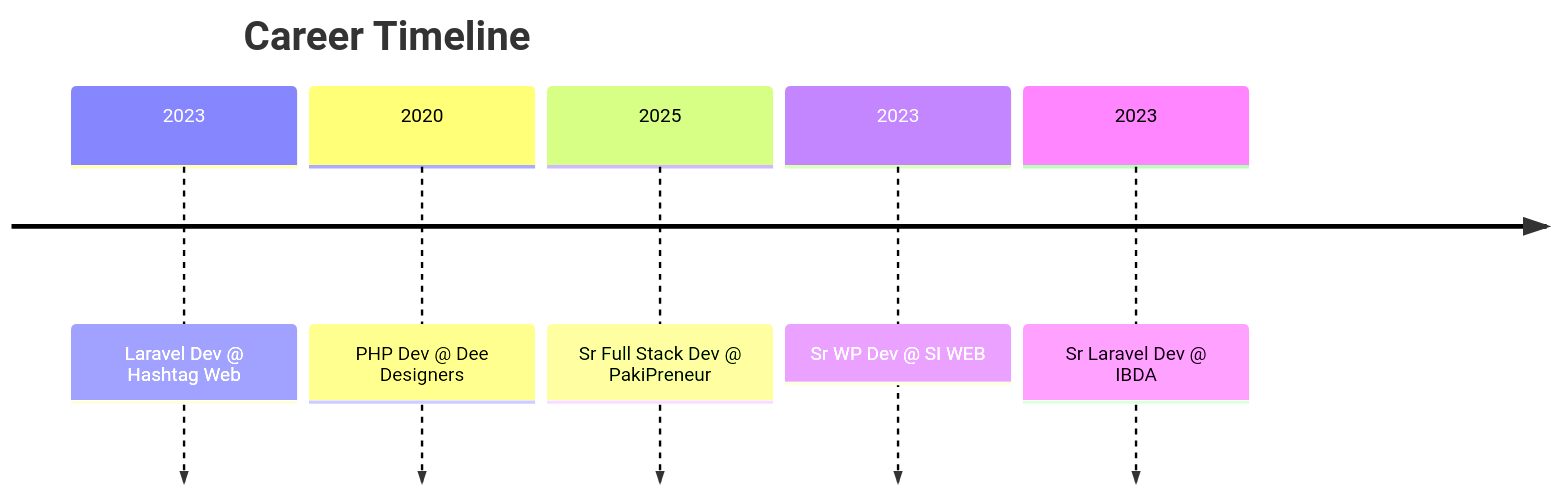
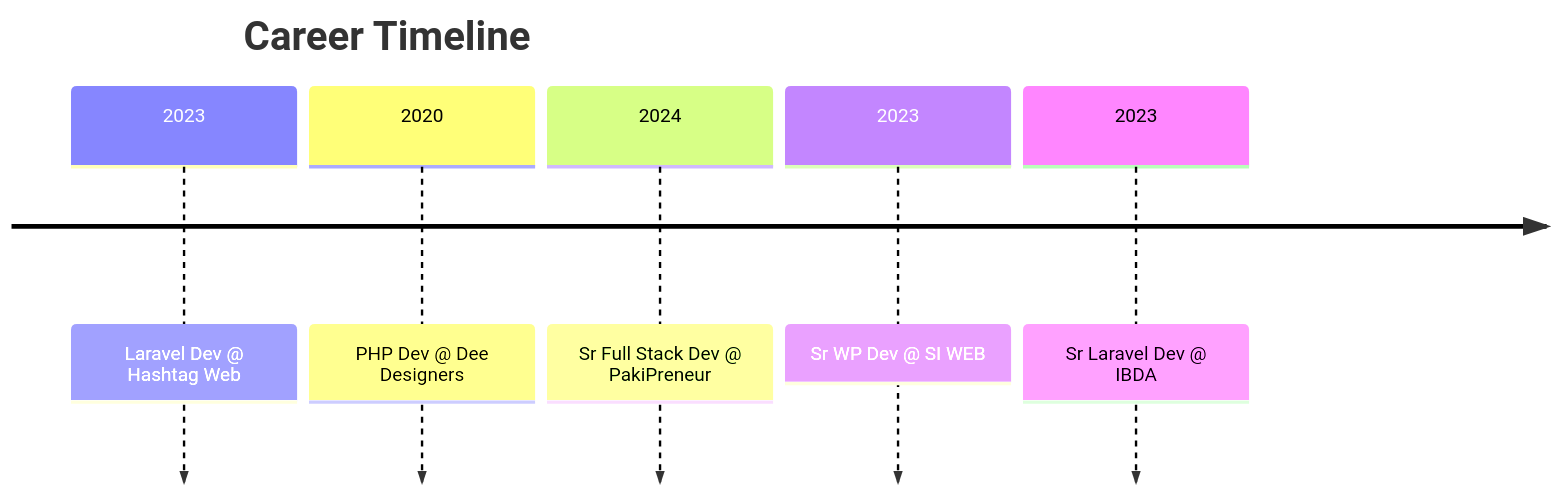
One commit to techknowch/techkniwch changed the diagram in README.md. Above: the diagram before and after it, drawn with Mermaid.

Commit message:
Update README.md timeline

````diff
--- a/README.md
+++ b/README.md
@@ -29,9 +29,9 @@
 ```mermaid
 timeline
     title Career Timeline
     2023 : Laravel Dev @ Hashtag Web
     2020 : PHP Dev @ Dee Designers
-    2025 : Sr Full Stack Dev @ PakiPreneur
+    2024 : Sr Full Stack Dev @ PakiPreneur
     2023 : Sr WP Dev @ SI WEB
     2023 : Sr Laravel Dev @ IBDA
 ```
````
